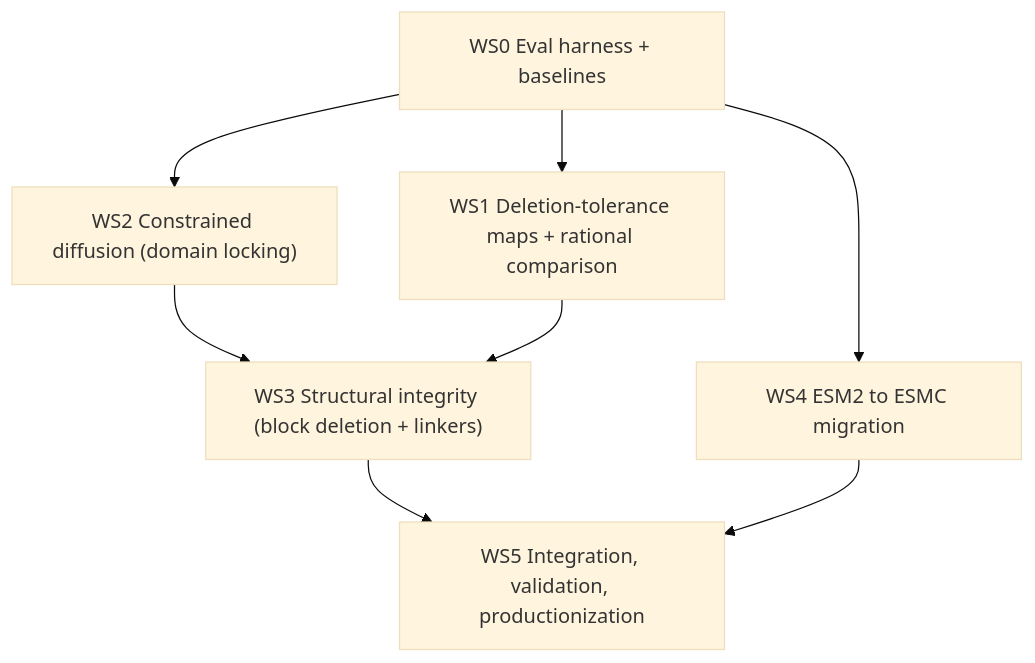
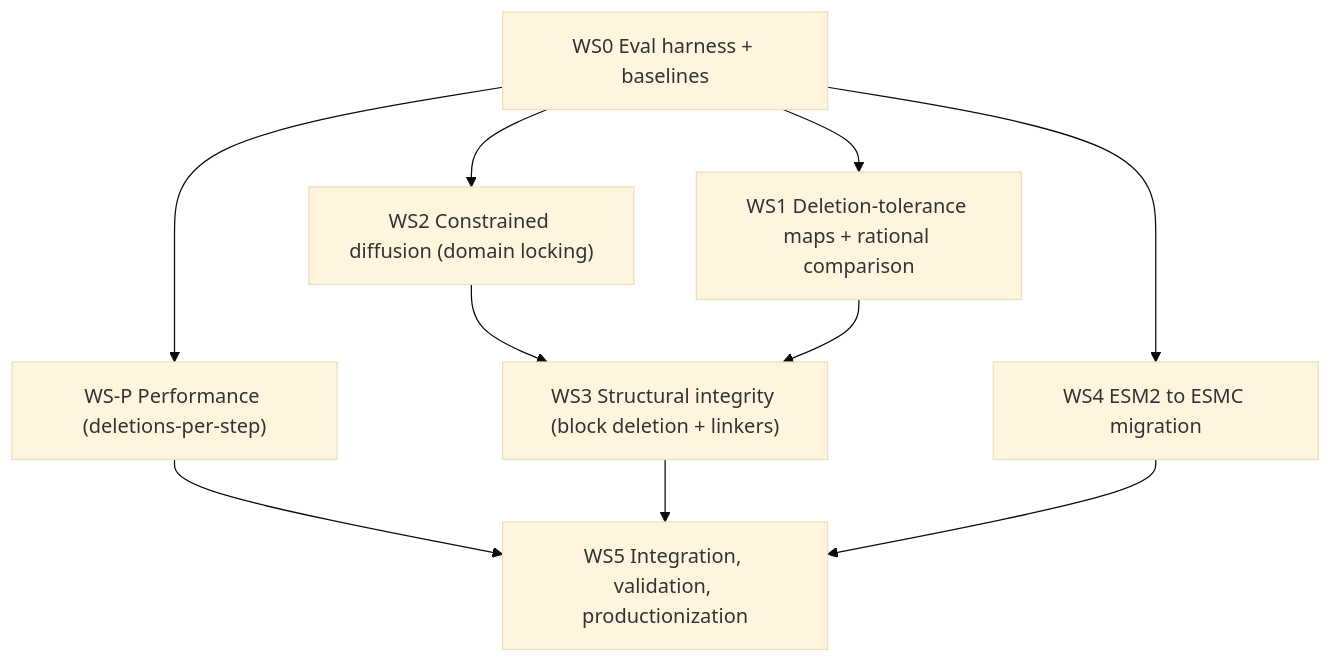
The diagram in docs/ROADMAP.md (davidlevybooth-dyno/SCISOR), drawn with Mermaid (base theme) before and after one commit. The commit also changed other lines of this file and 7 other files, not shown here.

````diff
--- a/docs/ROADMAP.md
+++ b/docs/ROADMAP.md
@@ -75,10 +90,12 @@
 ```mermaid
 graph TD
     WS0["WS0 Eval harness + baselines"] --> WS1["WS1 Deletion-tolerance maps + rational comparison"]
+    WS0 --> WSP["WS-P Performance (deletions-per-step)"]
     WS0 --> WS2["WS2 Constrained diffusion (domain locking)"]
     WS2 --> WS3["WS3 Structural integrity (block deletion + linkers)"]
     WS1 --> WS3
     WS0 --> WS4["WS4 ESM2 to ESMC migration"]
-    WS3 --> WS5["WS5 Integration, validation, productionization"]
+    WSP --> WS5["WS5 Integration, validation, productionization"]
+    WS3 --> WS5
     WS4 --> WS5
 ```
````
